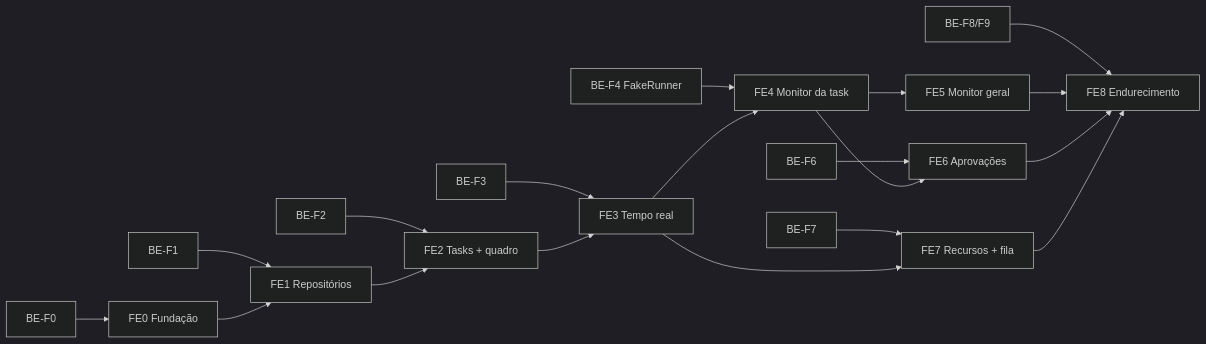
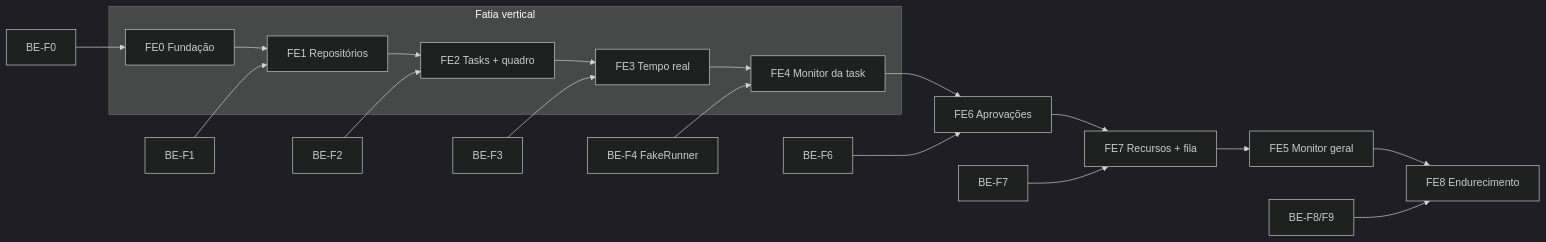
The fifth of 5 diagrams in docs/features/gerenciador-de-agentes-frontend.md (GuilhermeNairne/projeto-pessoal-frontend), drawn with Mermaid (dark theme) before and after one commit. The commit also changed other lines of this file and 1 other file, not shown here.

````diff
--- a/docs/features/gerenciador-de-agentes-frontend.md
+++ b/docs/features/gerenciador-de-agentes-frontend.md
@@ -860,19 +955,18 @@
 ```mermaid
 flowchart LR
-  BE0[BE-F0] --> FE0[FE0 Fundação]
-  BE1[BE-F1] --> FE1[FE1 Repositórios]
-  FE0 --> FE1
-  BE2[BE-F2] --> FE2[FE2 Tasks + quadro]
-  FE1 --> FE2
-  BE3[BE-F3] --> FE3[FE3 Tempo real]
-  FE2 --> FE3
-  BE4[BE-F4 FakeRunner] --> FE4[FE4 Monitor da task]
-  FE3 --> FE4
-  FE4 --> FE5[FE5 Monitor geral]
-  BE6[BE-F6] --> FE6[FE6 Aprovações]
-  FE4 --> FE6
-  BE7[BE-F7] --> FE7[FE7 Recursos + fila]
-  FE3 --> FE7
-  BE8[BE-F8/F9] --> FE8[FE8 Endurecimento]
-  FE5 & FE6 & FE7 --> FE8
+  subgraph Fatia vertical
+    FE0[FE0 Fundação] --> FE1[FE1 Repositórios] --> FE2[FE2 Tasks + quadro] --> FE3[FE3 Tempo real] --> FE4[FE4 Monitor da task]
+  end
+  BE0[BE-F0] --> FE0
+  BE1[BE-F1] --> FE1
+  BE2[BE-F2] --> FE2
+  BE3[BE-F3] --> FE3
+  BE4[BE-F4 FakeRunner] --> FE4
+  FE4 --> FE6[FE6 Aprovações]
+  BE6[BE-F6] --> FE6
+  FE6 --> FE7[FE7 Recursos + fila]
+  BE7[BE-F7] --> FE7
+  FE7 --> FE5[FE5 Monitor geral]
+  FE5 --> FE8[FE8 Endurecimento]
+  BE8[BE-F8/F9] --> FE8
 ```
````
